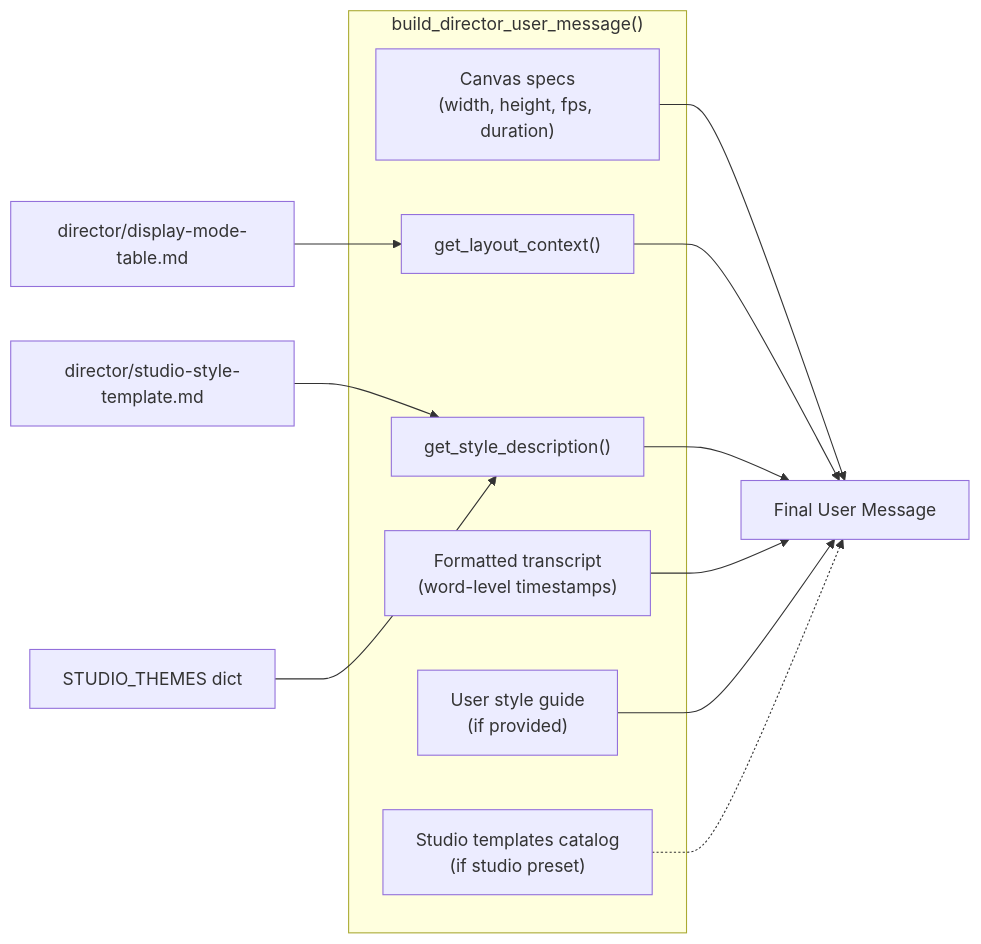
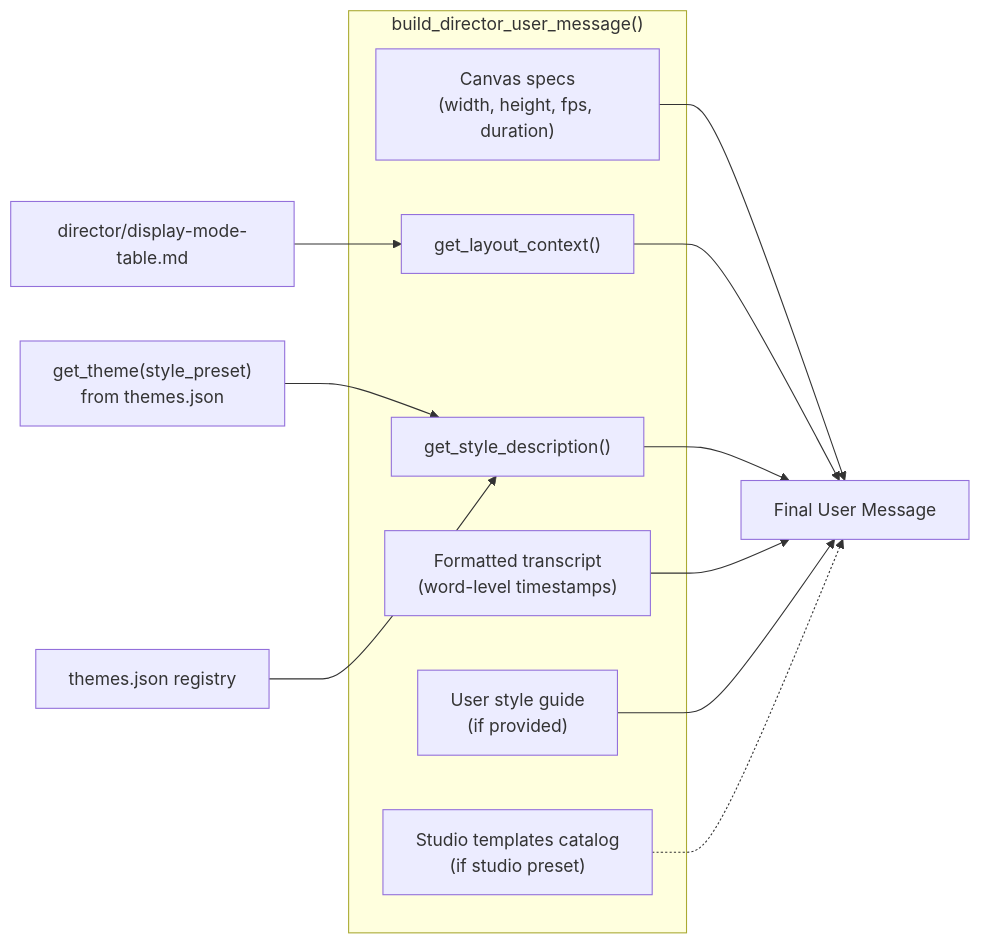
Before and after one commit to rhythmshandlya/viona: the second of 6 diagrams in packages/worker/src/prompts/README.md, drawn with Mermaid. The commit also changed other lines of this file and 5 other files, not shown here.

````diff
--- a/packages/worker/src/prompts/README.md
+++ b/packages/worker/src/prompts/README.md
@@ -135,22 +108,22 @@
 ```mermaid
 graph LR
     subgraph "build_director_user_message()"
         CANVAS["Canvas specs<br/>(width, height, fps, duration)"]
         LAYOUT["get_layout_context()"]
         STYLE["get_style_description()"]
         TRANSCRIPT["Formatted transcript<br/>(word-level timestamps)"]
         GUIDE["User style guide<br/>(if provided)"]
         TEMPLATES["Studio templates catalog<br/>(if studio preset)"]
     end
 
     DM["director/display-mode-table.md"] --> LAYOUT
-    SST["director/studio-style-template.md"] --> STYLE
-    THEMES["STUDIO_THEMES dict"] --> STYLE
+    SST["get_theme(style_preset)<br/>from themes.json"] --> STYLE
+    THEMES["themes.json registry"] --> STYLE
 
     CANVAS --> MSG["Final User Message"]
     LAYOUT --> MSG
     STYLE --> MSG
     TRANSCRIPT --> MSG
     GUIDE --> MSG
     TEMPLATES -.-> MSG
 ```
````
